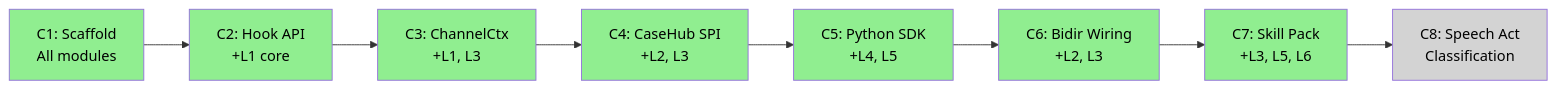
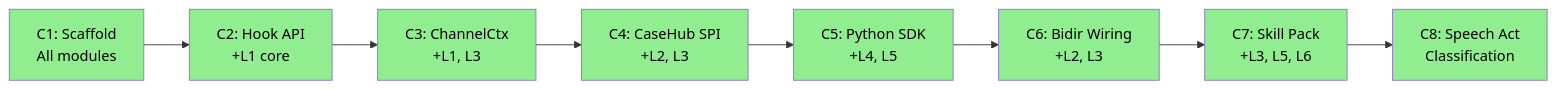
Before and after one commit to casehubio/openclaw: the third of 3 diagrams in ARC42STORIES.MD, drawn with Mermaid. The commit also changed other lines of this file, not shown here.

````diff
--- a/ARC42STORIES.MD
+++ b/ARC42STORIES.MD
@@ -339,19 +339,19 @@
 ```mermaid
 flowchart LR
   C1["C1: Scaffold\nAll modules"] --> C2["C2: Hook API\n+L1 core"]
   C2 --> C3["C3: ChannelCtx\n+L1, L3"]
   C3 --> C4["C4: CaseHub SPI\n+L2, L3"]
   C4 --> C5["C5: Python SDK\n+L4, L5"]
   C5 --> C6["C6: Bidir Wiring\n+L2, L3"]
   C6 --> C7["C7: Skill Pack\n+L3, L5, L6"]
   C7 --> C8["C8: Speech Act\nClassification"]
 
   style C1 fill:#90EE90,color:#000
   style C2 fill:#90EE90,color:#000
   style C3 fill:#90EE90,color:#000
   style C4 fill:#90EE90,color:#000
   style C5 fill:#90EE90,color:#000
   style C6 fill:#90EE90,color:#000
   style C7 fill:#90EE90,color:#000
-  style C8 fill:#D3D3D3,color:#000
+  style C8 fill:#90EE90,color:#000
 ```
````
